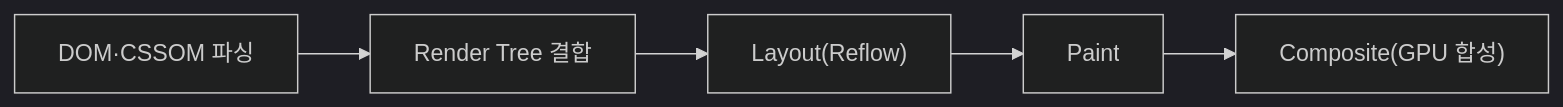
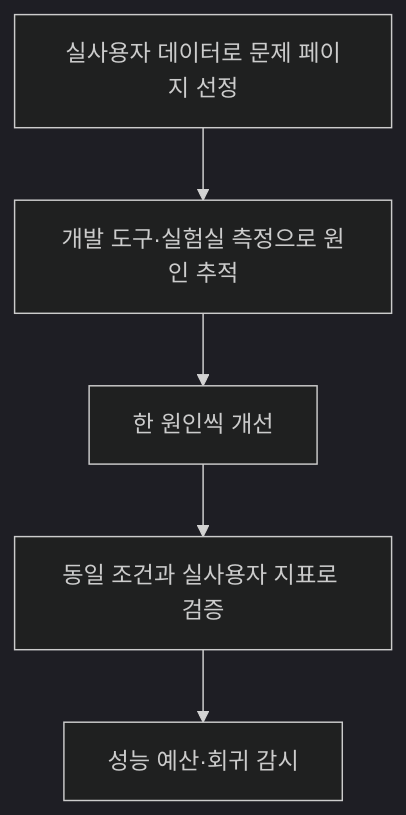
The second of 2 diagrams in src/content/docs/notes/itpe/02-software-engineering/164_web_performance_optimization.md (agnusdei1207/study), drawn with Mermaid (dark theme) before and after one commit. The commit also changed other lines of this file and 10 other files, not shown here.

````diff
--- a/src/content/docs/notes/itpe/02-software-engineering/164_web_performance_optimization.md
+++ b/src/content/docs/notes/itpe/02-software-engineering/164_web_performance_optimization.md
@@ -98,7 +123,7 @@
 ```mermaid
-flowchart LR
-    A["DOM·CSSOM 파싱"] --> B["Render Tree 결합"]
-    B --> C["Layout(Reflow)"]
-    C --> D["Paint"]
-    D --> E["Composite(GPU 합성)"]
+flowchart TD
+    A[실사용자 데이터로 문제 페이지 선정] --> B[개발 도구·실험실 측정으로 원인 추적]
+    B --> C[한 원인씩 개선]
+    C --> D[동일 조건과 실사용자 지표로 검증]
+    D --> E[성능 예산·회귀 감시]
 ```
````
